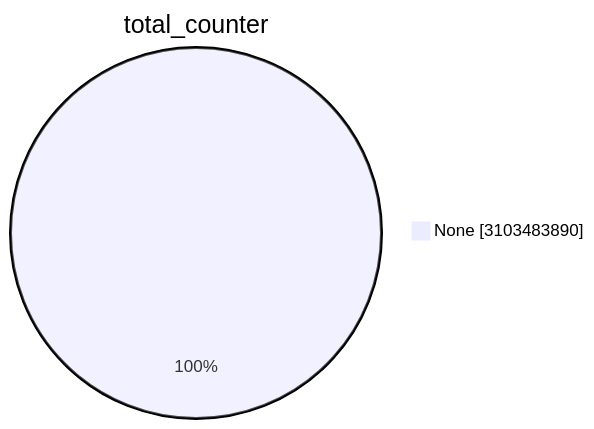
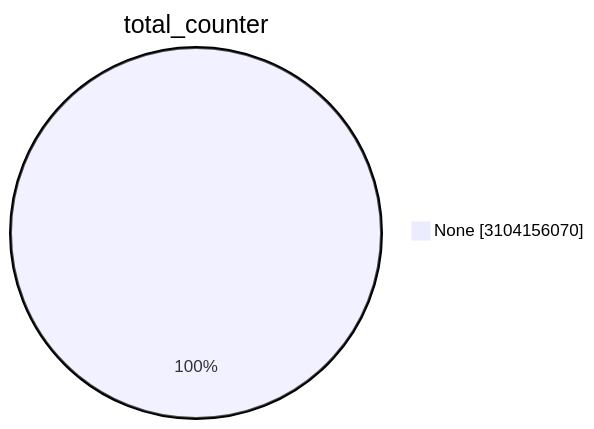
Before and after one commit to christiankrug/ctmonitor_visualization: the first of 15 diagrams in TOTAL/README.md, drawn with Mermaid. The commit also changed other lines of this file, not shown here.

````diff
--- a/TOTAL/README.md
+++ b/TOTAL/README.md
@@ -1,5 +1,5 @@
 ```mermaid
 pie showData
 title total_counter
-"None" :3103483890
+"None" :3104156070
 ```
````
